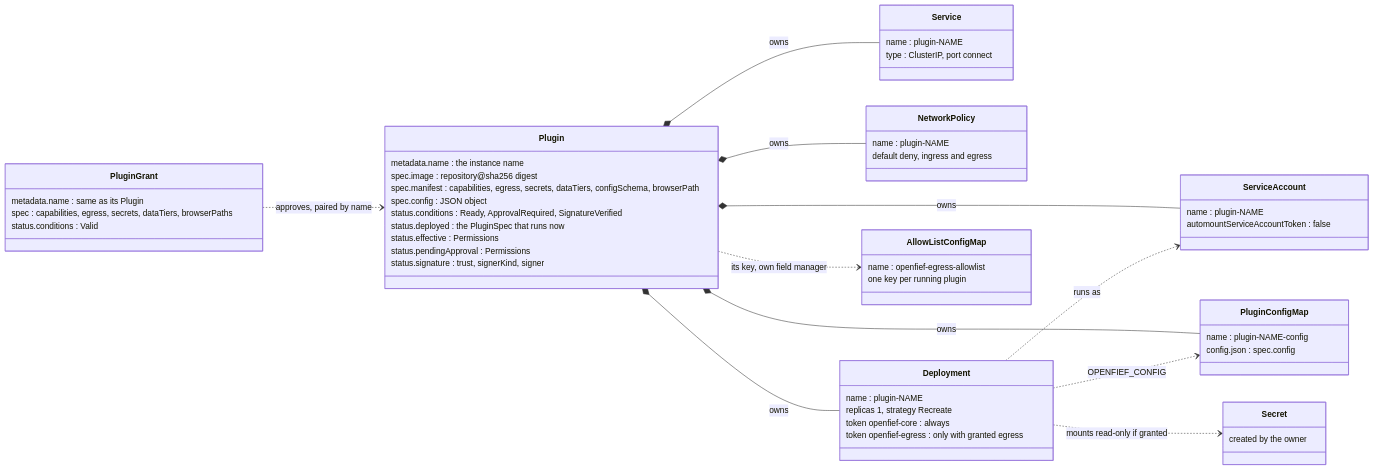
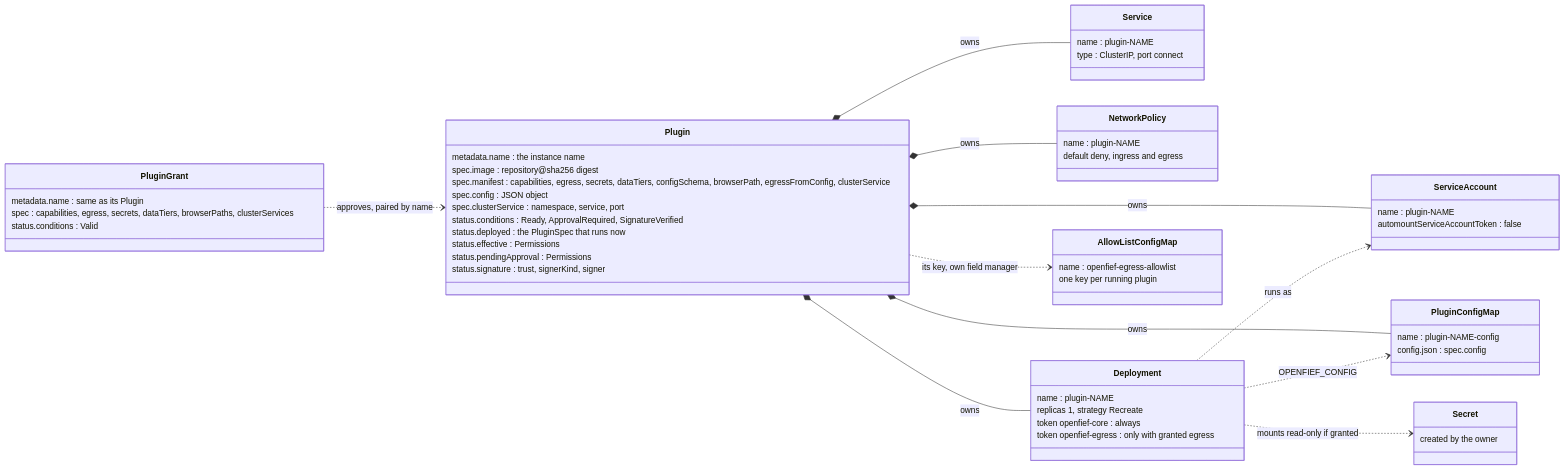
The first of 4 diagrams in docs/concepts/operator.md (arkadiuss/openfief), drawn with Mermaid before and after one commit. The commit also changed other lines of this file and 189 other files, not shown here.

````diff
--- a/docs/concepts/operator.md
+++ b/docs/concepts/operator.md
@@ -53,59 +53,60 @@
 ```mermaid
 classDiagram
   direction LR
   class Plugin {
     metadata.name : the instance name
     spec.image : repository@sha256 digest
-    spec.manifest : capabilities, egress, secrets, dataTiers, configSchema, browserPath
+    spec.manifest : capabilities, egress, secrets, dataTiers, configSchema, browserPath, egressFromConfig, clusterService
     spec.config : JSON object
+    spec.clusterService : namespace, service, port
     status.conditions : Ready, ApprovalRequired, SignatureVerified
     status.deployed : the PluginSpec that runs now
     status.effective : Permissions
     status.pendingApproval : Permissions
     status.signature : trust, signerKind, signer
   }
   class PluginGrant {
     metadata.name : same as its Plugin
-    spec : capabilities, egress, secrets, dataTiers, browserPaths
+    spec : capabilities, egress, secrets, dataTiers, browserPaths, clusterServices
     status.conditions : Valid
   }
   class ServiceAccount {
     name : plugin-NAME
     automountServiceAccountToken : false
   }
   class PluginConfigMap {
     name : plugin-NAME-config
     config.json : spec.config
   }
   class Service {
     name : plugin-NAME
     type : ClusterIP, port connect
   }
   class NetworkPolicy {
     name : plugin-NAME
     default deny, ingress and egress
   }
   class Deployment {
     name : plugin-NAME
     replicas 1, strategy Recreate
     token openfief-core : always
     token openfief-egress : only with granted egress
   }
   class AllowListConfigMap {
     name : openfief-egress-allowlist
     one key per running plugin
   }
   class Secret {
     created by the owner
   }
   PluginGrant ..> Plugin : approves, paired by name
   Plugin *-- ServiceAccount : owns
   Plugin *-- PluginConfigMap : owns
   Plugin *-- Service : owns
   Plugin *-- NetworkPolicy : owns
   Plugin *-- Deployment : owns
   Plugin ..> AllowListConfigMap : its key, own field manager
   Deployment ..> ServiceAccount : runs as
   Deployment ..> PluginConfigMap : OPENFIEF_CONFIG
   Deployment ..> Secret : mounts read-only if granted
 ```
````
